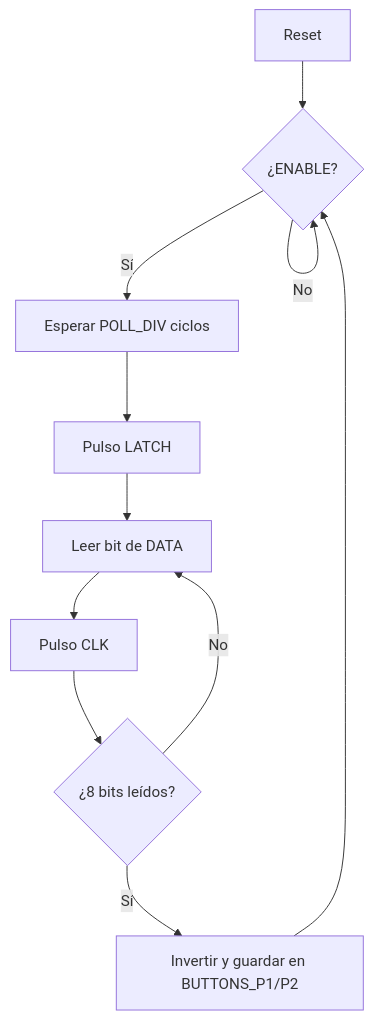
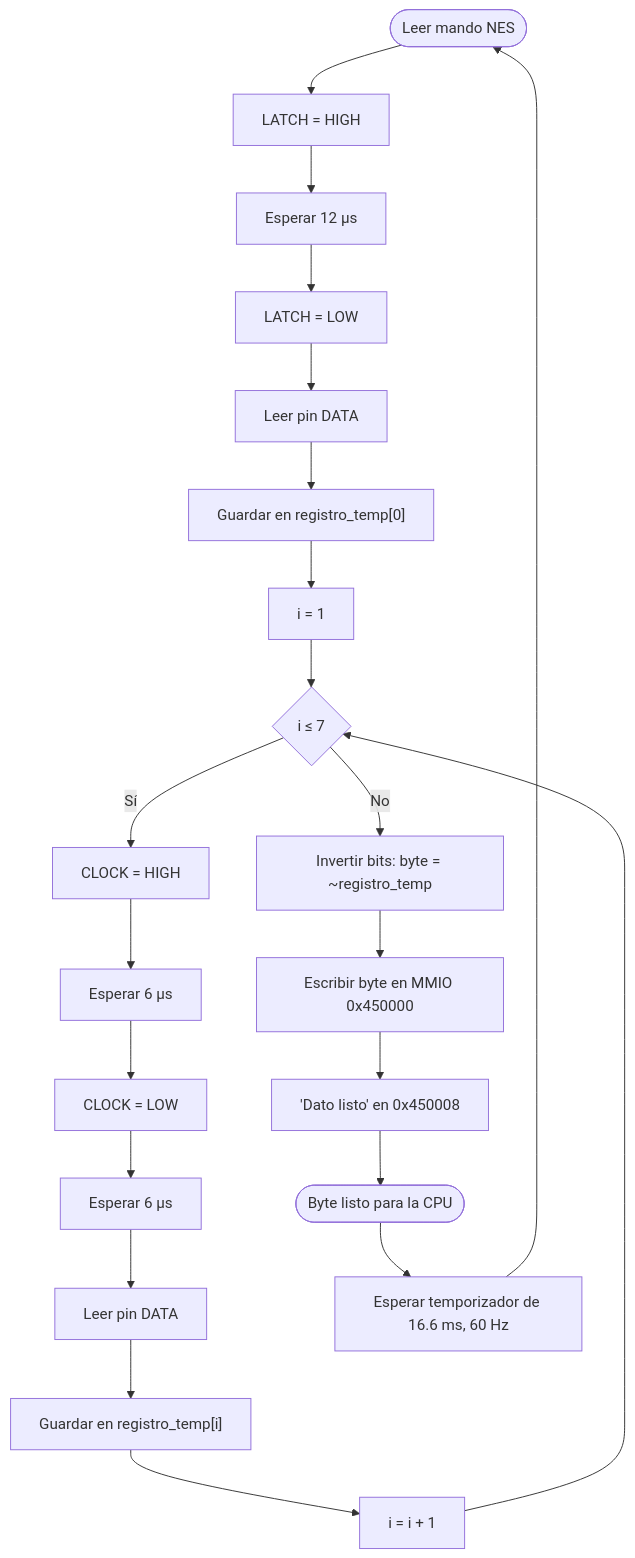
The second of 2 diagrams in cores/nes_ctrl/diagramas/README.md (wwilchesc/Proyecto-Digital-1-v2), drawn with Mermaid before and after one commit. The commit also changed other lines of this file and 33 other files, not shown here.

````diff
--- a/cores/nes_ctrl/diagramas/README.md
+++ b/cores/nes_ctrl/diagramas/README.md
@@ -17,13 +19,13 @@
 ```mermaid
 flowchart TD
-    A[Reset] --> B{¿ENABLE?}
-    B -- No --> B
-    B -- Sí --> C[Esperar POLL_DIV ciclos]
-    C --> D[Pulso LATCH]
-    D --> E[Leer bit de DATA]
-    E --> F[Pulso CLK]
-    F --> G{¿8 bits leídos?}
-    G -- No --> E
-    G -- Sí --> H[Invertir y guardar en BUTTONS_P1/P2]
-    H --> B
+    A([Leer mando NES]) --> B[LATCH = HIGH] --> C[Esperar 12 µs] --> D[LATCH = LOW]
+    D --> E[Leer pin DATA] --> F["Guardar en registro_temp[0]"] --> G[i = 1]
+    G --> H{i ≤ 7}
+    H -- Sí --> I[CLOCK = HIGH] --> J[Esperar 6 µs] --> K[CLOCK = LOW] --> L[Esperar 6 µs]
+    L --> M[Leer pin DATA] --> N["Guardar en registro_temp[i]"] --> O[i = i + 1] --> H
+    H -- No --> P["Invertir bits: byte = ~registro_temp"]
+    P --> Q[Escribir byte en MMIO 0x450000]
+    Q --> R["'Dato listo' en 0x450008"]
+    R --> S([Byte listo para la CPU])
+    S --> T[Esperar temporizador de 16.6 ms, 60 Hz] --> A
 ```
````
